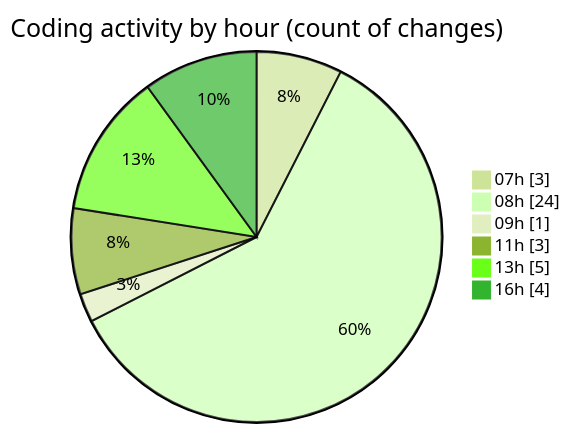
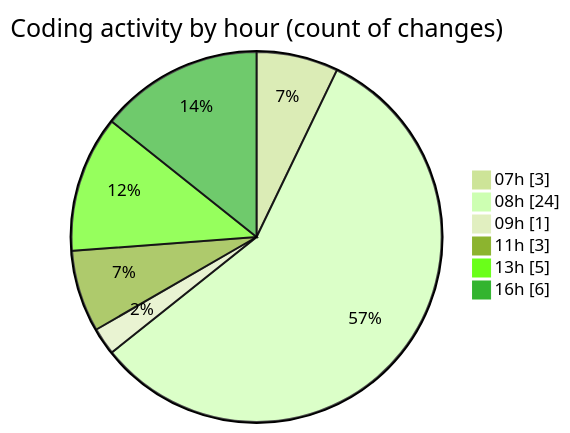
The second of 2 diagrams in 2026-02-20/bot_i_a/README.md (becaeroporto-bot/code-tracking), drawn with Mermaid (forest theme) before and after one commit. The commit also changed other lines of this file and 1 other file, not shown here.

````diff
--- a/2026-02-20/bot_i_a/README.md
+++ b/2026-02-20/bot_i_a/README.md
@@ -49,10 +50,10 @@
 ```mermaid
 pie showData
 title Coding activity by hour (count of changes)
 "07h" : 3
 "08h" : 24
 "09h" : 1
 "11h" : 3
 "13h" : 5
-"16h" : 4
+"16h" : 6
 ```
````
